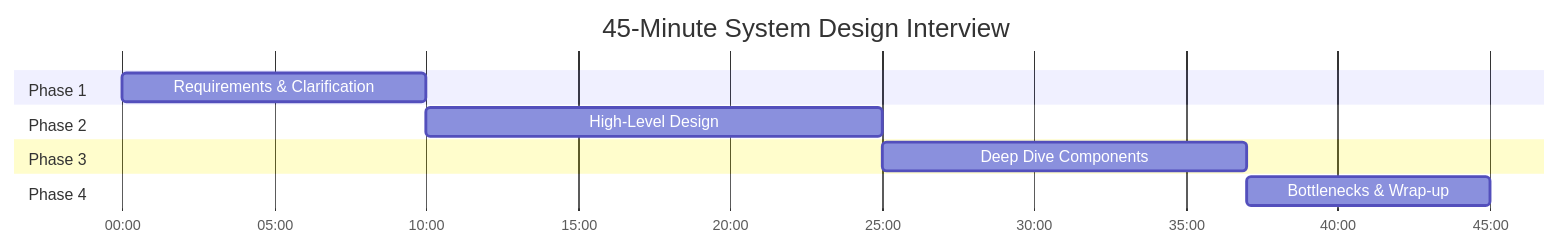
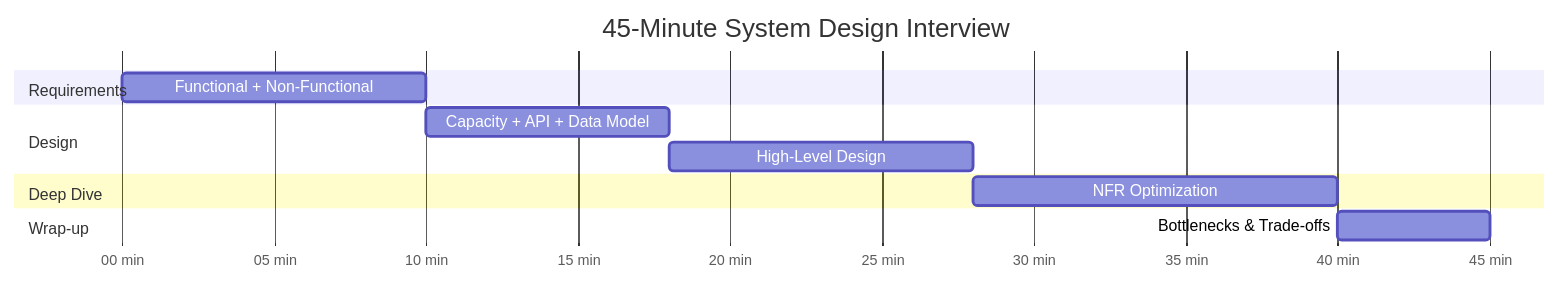
Diagram 19 of 30 in docs/daily/2024-10-24.md (hawaijar/System-Design-Journey), drawn with Mermaid before and after one commit. The commit also changed other lines of this file, not shown here.

Commit message:
Add one-line definitions for load balancer algorithms
- Round Robin: Sequential distribution to servers in rotation
- Least Connections: Route to server with fewest active connections
- IP Hash: Consistent routing of same client IP to same server

````diff
--- a/docs/daily/2024-10-24.md
+++ b/docs/daily/2024-10-24.md
@@ -542,18 +545,19 @@
 ```mermaid
 gantt
     title 45-Minute System Design Interview
-    dateFormat mm:ss
-    axisFormat %M:%S
+    dateFormat mm
+    axisFormat %M min
 
-    section Phase 1
-    Requirements & Clarification :00:00, 10m
+    section Requirements
+    Functional + Non-Functional :00, 10m
 
-    section Phase 2
-    High-Level Design :10:00, 15m
+    section Design
+    Capacity + API + Data Model :10, 8m
+    High-Level Design :18, 10m
 
-    section Phase 3
-    Deep Dive Components :25:00, 12m
+    section Deep Dive
+    NFR Optimization :28, 12m
 
-    section Phase 4
-    Bottlenecks & Wrap-up :37:00, 8m
+    section Wrap-up
+    Bottlenecks & Trade-offs :40, 5m
 ```
````
